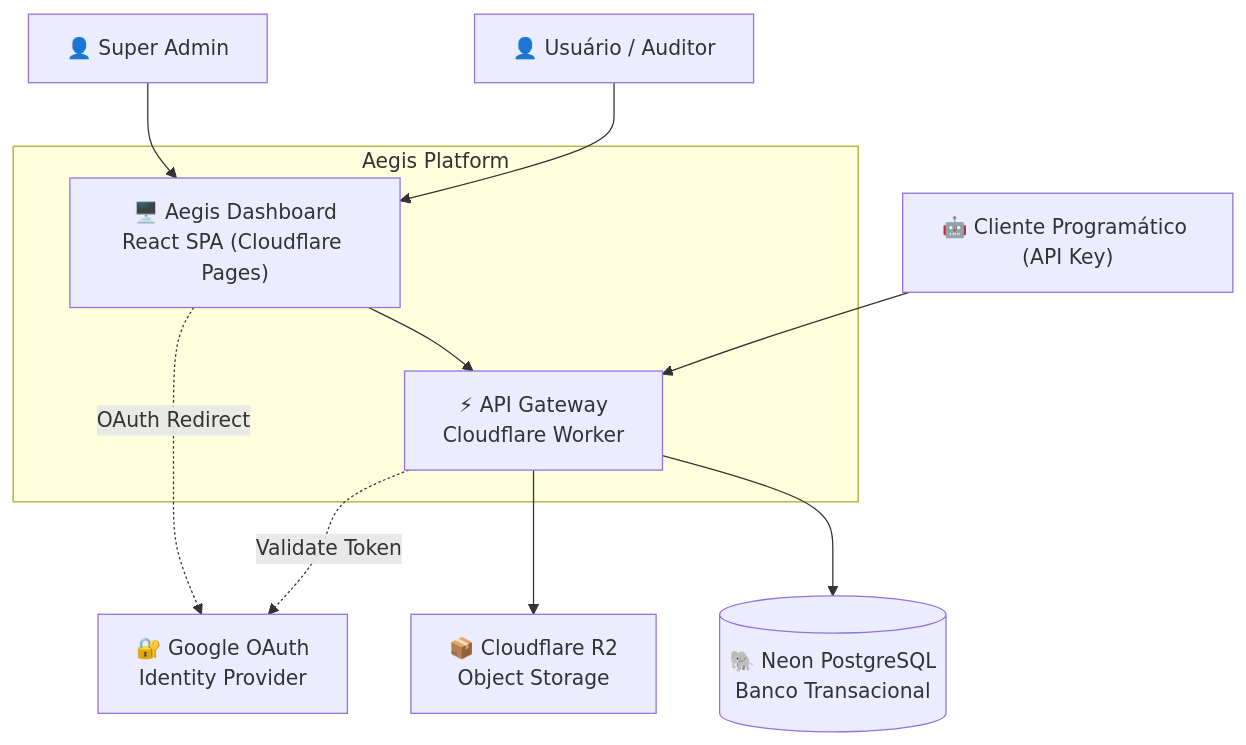
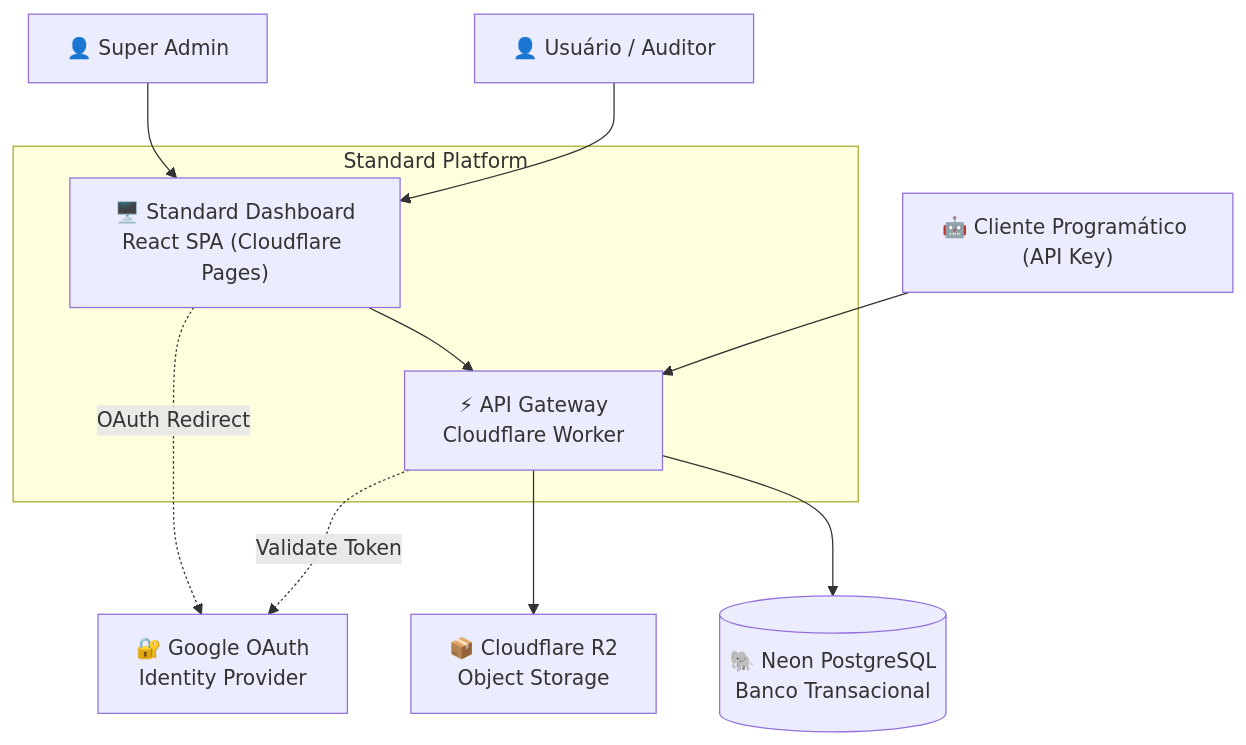
The first of 6 diagrams in _reversa_sdd/03-arquitetura-c4.md (resper1965/standard-api), drawn with Mermaid before and after one commit. The commit also changed other lines of this file and 361 other files, not shown here.

````diff
--- a/_reversa_sdd/03-arquitetura-c4.md
+++ b/_reversa_sdd/03-arquitetura-c4.md
@@ -10,24 +10,24 @@
 ```mermaid
 graph TB
     User["👤 Usuário / Auditor"]
     Admin["👤 Super Admin"]
     ExtClient["🤖 Cliente Programático (API Key)"]
 
-    subgraph "Aegis Platform"
-        Dashboard["🖥️ Aegis Dashboard<br/>React SPA (Cloudflare Pages)"]
+    subgraph "Standard Platform"
+        Dashboard["🖥️ Standard Dashboard<br/>React SPA (Cloudflare Pages)"]
         APIGateway["⚡ API Gateway<br/>Cloudflare Worker"]
     end
 
     NeonDB[("🐘 Neon PostgreSQL<br/>Banco Transacional")]
     R2["📦 Cloudflare R2<br/>Object Storage"]
     GoogleOAuth["🔐 Google OAuth<br/>Identity Provider"]
 
     User --> Dashboard
     Admin --> Dashboard
     ExtClient --> APIGateway
     Dashboard --> APIGateway
     APIGateway --> NeonDB
     APIGateway --> R2
     Dashboard -.->|OAuth Redirect| GoogleOAuth
     APIGateway -.->|Validate Token| GoogleOAuth
 ```
````
